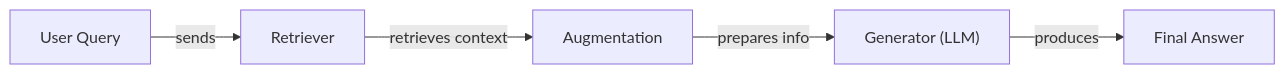
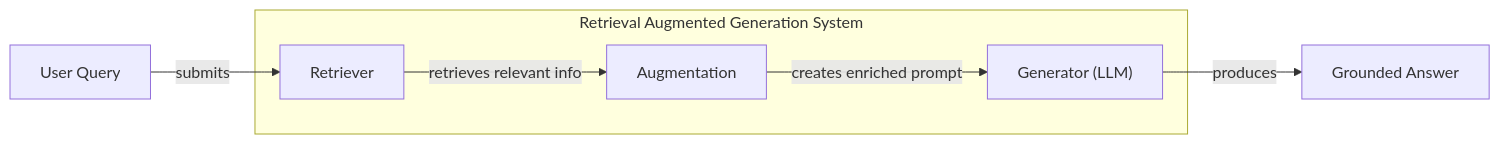
Before and after one commit to YMaXing/Research-Agent-reinforced-by-RL: the first of 4 diagrams in RL_researcher_writer_ymaxing/rl_training_data/noise_experiment/09_RAG__var_standard__replicate2__preset0/article_000.md, drawn with Mermaid. The commit also changed other lines of this file and 4528 other files, not shown here.

````diff
--- a/RL_researcher_writer_ymaxing/rl_training_data/noise_experiment/09_RAG__var_standard__replicate2__preset0/article_000.md
+++ b/RL_researcher_writer_ymaxing/rl_training_data/noise_experiment/09_RAG__var_standard__replicate2__preset0/article_000.md
@@ -23,7 +27,21 @@
 ```mermaid
 flowchart LR
-  UserQuery["User Query"] --> |"sends"| Retriever["Retriever"]
-  Retriever --> |"retrieves context"| Augmentation["Augmentation"]
-  Augmentation --> |"prepares info"| Generator["Generator (LLM)"]
-  Generator --> |"produces"| FinalAnswer["Final Answer"]
+  %% Input
+  UserQuery["User Query"]
+
+  %% RAG System Components
+  subgraph RAGSystem["Retrieval Augmented Generation System"]
+    Retriever["Retriever"]
+    Augmentation["Augmentation"]
+    GeneratorLLM["Generator (LLM)"]
+  end
+
+  %% Output
+  GroundedAnswer["Grounded Answer"]
+
+  %% Data Flow
+  UserQuery -- "submits" --> Retriever
+  Retriever -- "retrieves relevant info" --> Augmentation
+  Augmentation -- "creates enriched prompt" --> GeneratorLLM
+  GeneratorLLM -- "produces" --> GroundedAnswer
 ```
````
